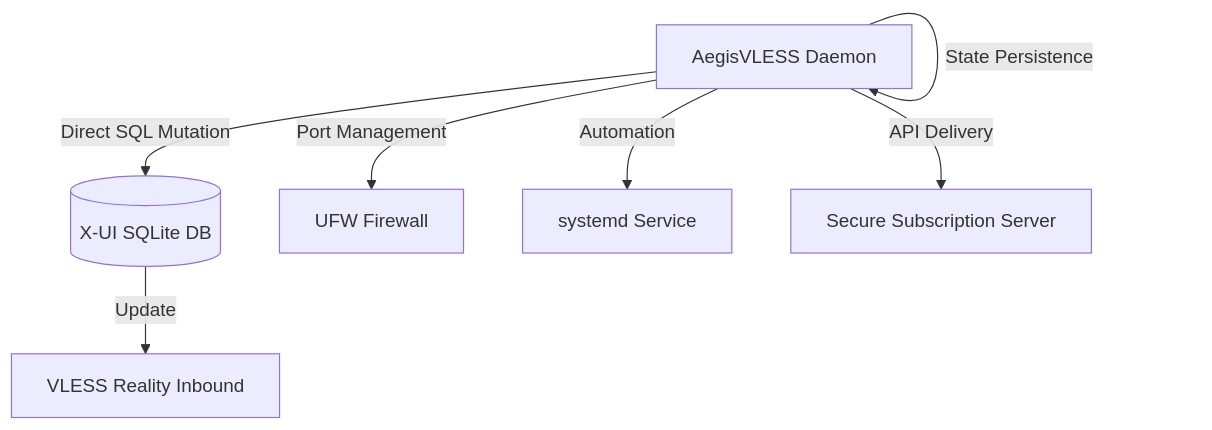
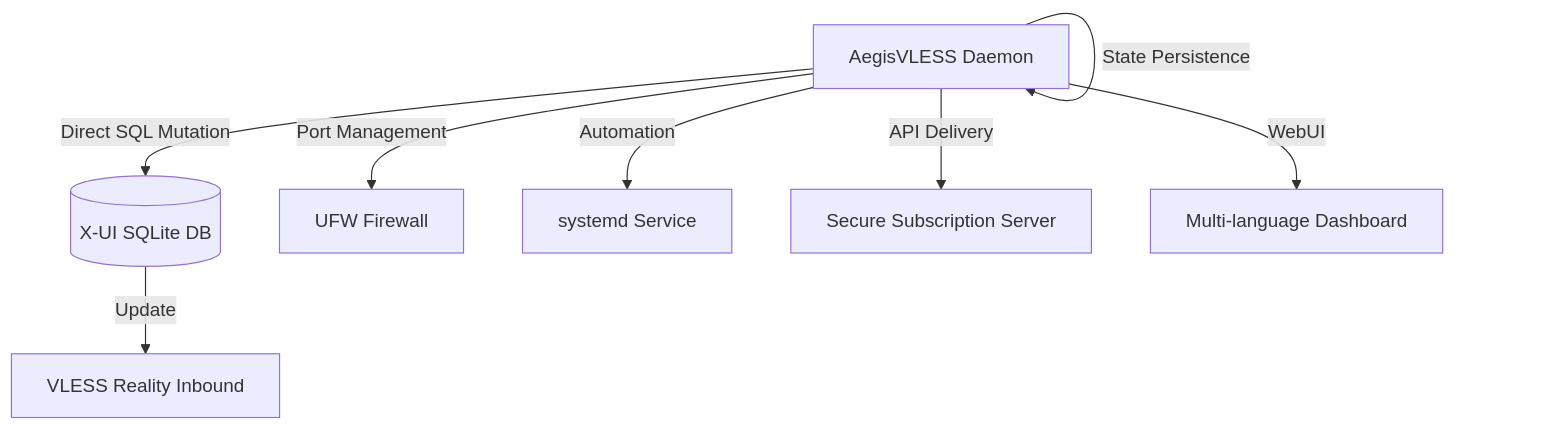
One commit to neeitr0n/AegisVLESS changed the first of 4 diagrams in README.md. Above: the diagram before and after it, drawn with Mermaid. The commit also changed other lines of this file, not shown here.

````diff
--- a/README.md
+++ b/README.md
@@ -30,9 +33,10 @@
 ```mermaid
 graph TD
     A[AegisVLESS Daemon] -->|Direct SQL Mutation| B[(X-UI SQLite DB)]
     A -->|State Persistence| A
     A -->|Port Management| C[UFW Firewall]
     A -->|Automation| D[systemd Service]
     A -->|API Delivery| E[Secure Subscription Server]
-    B -->|Update| F[VLESS Reality Inbound]
+    A -->|WebUI| F[Multi-language Dashboard]
+    B -->|Update| G[VLESS Reality Inbound]
 ```
````
